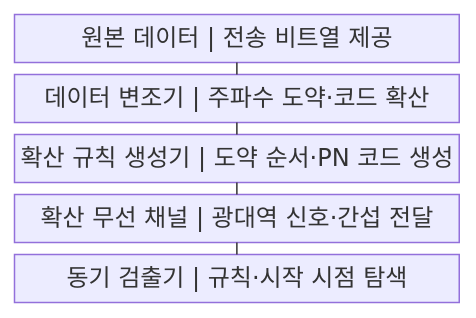
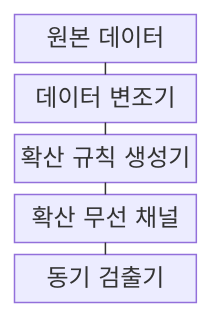
One commit to agnusdei1207/knowledge-base changed the first of 2 diagrams in src/content/docs/notes/04-network/035_fhss_dsss.md. Above: the diagram before and after it, drawn with Mermaid. The commit also changed other lines of this file and 122 other files, not shown here.

````diff
--- a/src/content/docs/notes/04-network/035_fhss_dsss.md
+++ b/src/content/docs/notes/04-network/035_fhss_dsss.md
@@ -50,13 +50,13 @@
 ```mermaid
-block
+block-beta
     columns 1
-    A["원본 데이터 | 전송 비트열 제공"]
-    B["데이터 변조기 | 주파수 도약·코드 확산"]
-    C["확산 규칙 생성기 | 도약 순서·PN 코드 생성"]
-    D["확산 무선 채널 | 광대역 신호·간섭 전달"]
-    E["동기 검출기 | 규칙·시작 시점 탐색"]
+    A["원본 데이터"]
+    B["데이터 변조기"]
+    C["확산 규칙 생성기"]
+    D["확산 무선 채널"]
+    E["동기 검출기"]
     A --- B
     B --- C
     C --- D
     D --- E
 ```
````
